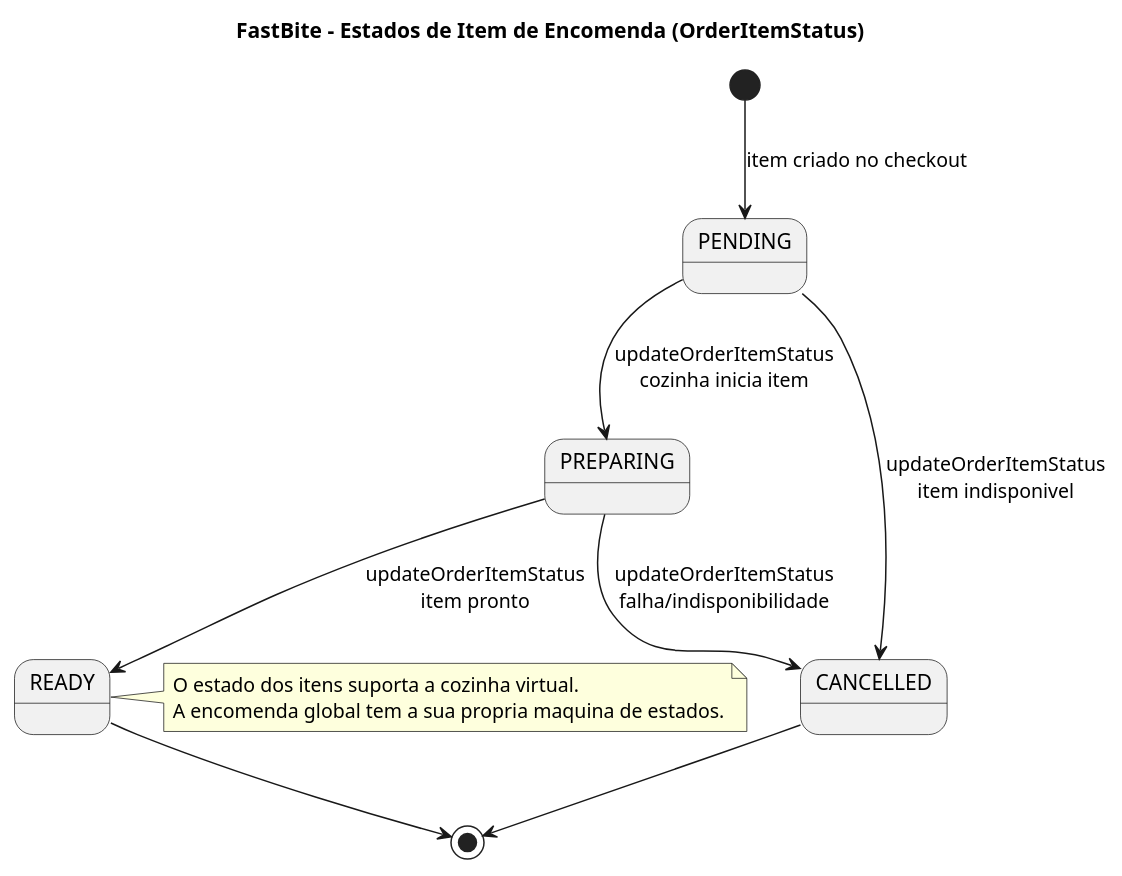
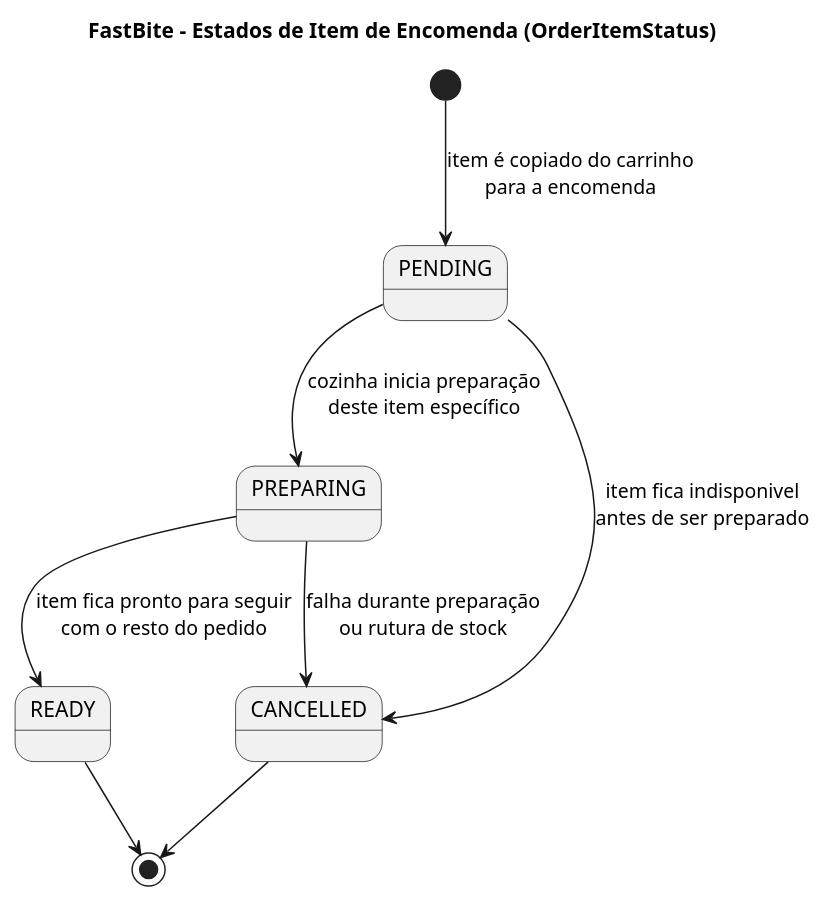
Before and after one commit to DuarteMSousa/FastBite: the diagram in Documentacao/docs novas/04f_estado_item_encomenda.puml, drawn with PlantUML. The commit also changed 10 other files, not shown here.

First line of the commit message:
Docs: update and add PUML diagrams

```diff
--- a/Documentacao/docs novas/04f_estado_item_encomenda.puml
+++ b/Documentacao/docs novas/04f_estado_item_encomenda.puml
@@ -1,22 +1,17 @@
 @startuml FastBite_State_OrderItem
 title FastBite - Estados de Item de Encomenda (OrderItemStatus)
 
 skinparam shadowing false
 
-[*] --> PENDING : item criado no checkout
+[*] --> PENDING : item é copiado do carrinho\npara a encomenda
 
-PENDING --> PREPARING : updateOrderItemStatus\ncozinha inicia item
-PENDING --> CANCELLED : updateOrderItemStatus\nitem indisponivel
+PENDING --> PREPARING : cozinha inicia preparação\ndeste item específico
+PENDING --> CANCELLED : item fica indisponivel\nantes de ser preparado
 
-PREPARING --> READY : updateOrderItemStatus\nitem pronto
-PREPARING --> CANCELLED : updateOrderItemStatus\nfalha/indisponibilidade
+PREPARING --> READY : item fica pronto para seguir\ncom o resto do pedido
+PREPARING --> CANCELLED : falha durante preparação\nou rutura de stock
 
 READY --> [*]
 CANCELLED --> [*]
 
-note right of READY
-  O estado dos itens suporta a cozinha virtual.
-  A encomenda global tem a sua propria maquina de estados.
-end note
-
 @enduml
```
